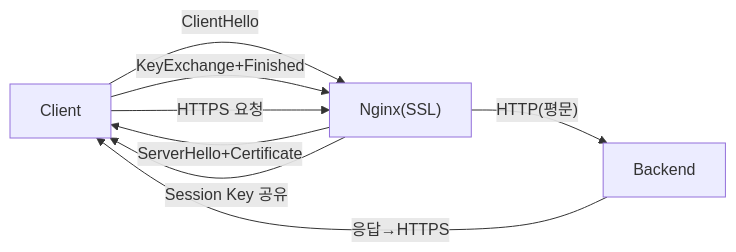
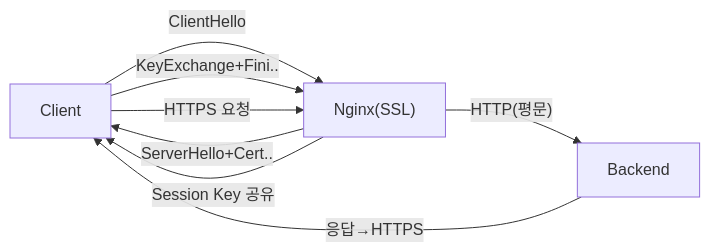
Diagram 13 of 17 in _posts/server/2026-05-01-nginx.md (yjkim2015/yjkim2015.github.io), drawn with Mermaid before and after one commit. The commit also changed other lines of this file and 132 other files, not shown here.

First line of the commit message:
Mermaid 다이어그램 가독성 정리: 단순 제거, 노드 축소, TD→LR 변환

````diff
--- a/_posts/server/2026-05-01-nginx.md
+++ b/_posts/server/2026-05-01-nginx.md
@@ -514,10 +512,10 @@
 ```mermaid
 graph LR
     C["Client"] -->|"ClientHello"| N["Nginx(SSL)"]
-    N -->|"ServerHello+Certificate"| C
-    C -->|"KeyExchange+Finished"| N
+    N -->|ServerHello+Cert..| C
+    C -->|KeyExchange+Fini..| N
     N -->|"Session Key 공유"| C
     C -->|"HTTPS 요청"| N
     N -->|"HTTP(평문)"| B["Backend"]
     B -->|"응답→HTTPS"| C
 ```
````
